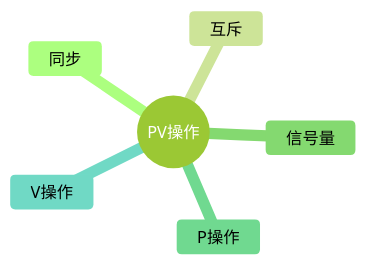
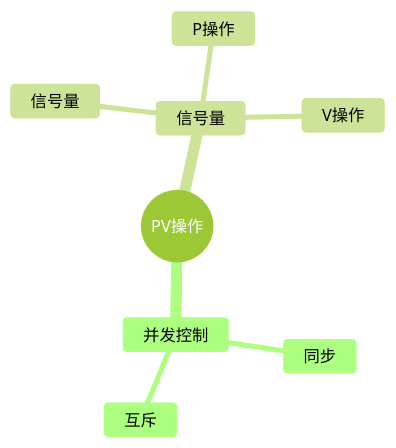
One commit to skylonely/sgao-website changed the first of 2 diagrams in docs/ruankao/system-architect/chapters/chapter-02/05-process-sync.md. Above: the diagram before and after it, drawn with Mermaid (forest theme). The commit also changed other lines of this file and 39 other files, not shown here.

Commit message:
fix: Mermaid 思维导图

````diff
--- a/docs/ruankao/system-architect/chapters/chapter-02/05-process-sync.md
+++ b/docs/ruankao/system-architect/chapters/chapter-02/05-process-sync.md
@@ -36,9 +36,11 @@
 ```mermaid
 mindmap
   root((PV操作))
-    同步
-    互斥
+    并发控制
+      同步
+      互斥
     信号量
-    P操作
-    V操作
+      信号量
+      P操作
+      V操作
 ```
````
